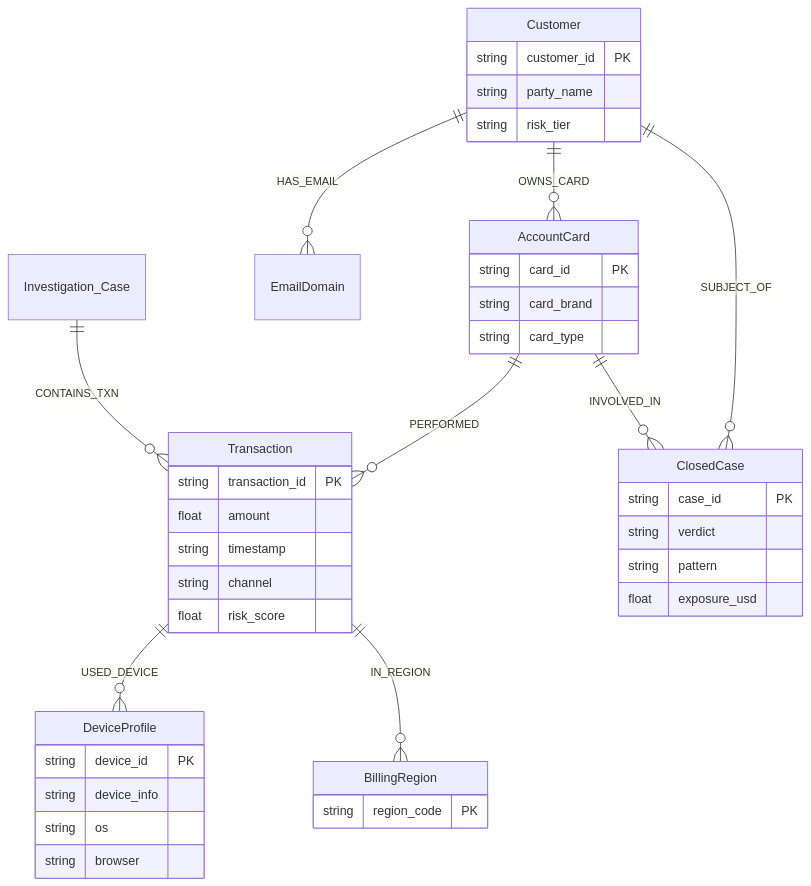
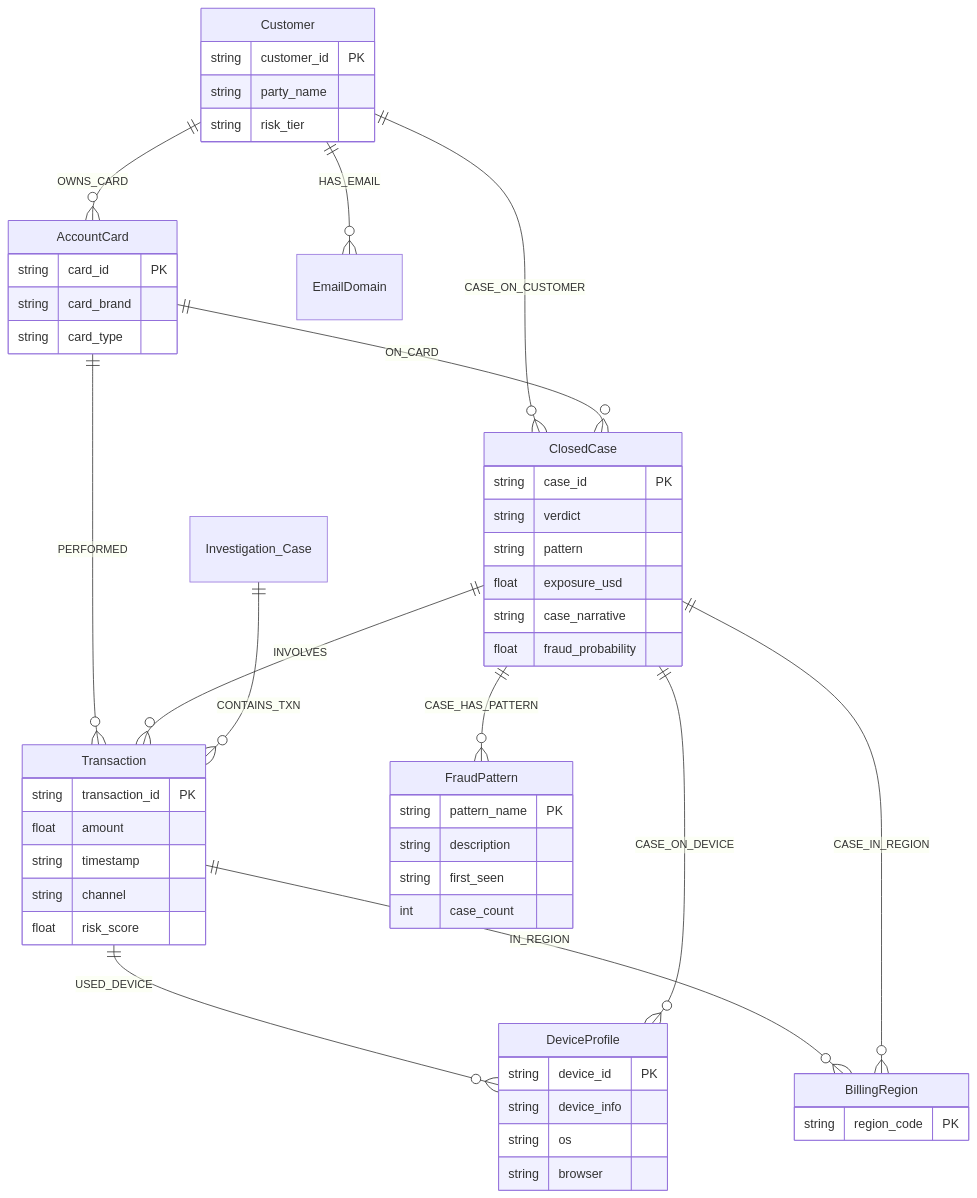
Before and after one commit to Soujanya-Mctrl/Zyg0s: the second of 3 diagrams in ARCHITECTURE.md, drawn with Mermaid. The commit also changed other lines of this file and 55 other files, not shown here.

Commit message:
feat: add agent pipeline, graph-native case memory queries, and fraud case datasets

````diff
--- a/ARCHITECTURE.md
+++ b/ARCHITECTURE.md
@@ -169,44 +160,56 @@
 ```mermaid
 erDiagram
     Customer ||--o{ AccountCard : OWNS_CARD
     AccountCard ||--o{ Transaction : PERFORMED
     Transaction ||--o{ DeviceProfile : USED_DEVICE
     Transaction ||--o{ BillingRegion : IN_REGION
     Customer ||--o{ EmailDomain : HAS_EMAIL
-    Customer ||--o{ ClosedCase : SUBJECT_OF
-    AccountCard ||--o{ ClosedCase : INVOLVED_IN
+    Customer ||--o{ ClosedCase : CASE_ON_CUSTOMER
+    AccountCard ||--o{ ClosedCase : ON_CARD
+    ClosedCase ||--o{ DeviceProfile : CASE_ON_DEVICE
+    ClosedCase ||--o{ BillingRegion : CASE_IN_REGION
+    ClosedCase ||--o{ FraudPattern : CASE_HAS_PATTERN
+    ClosedCase ||--o{ Transaction : INVOLVES
     Investigation_Case ||--o{ Transaction : CONTAINS_TXN
 
     Customer {
         string customer_id PK
         string party_name
         string risk_tier
     }
     AccountCard {
         string card_id PK
         string card_brand
         string card_type
     }
     Transaction {
         string transaction_id PK
         float amount
         string timestamp
         string channel
         float risk_score
     }
     DeviceProfile {
         string device_id PK
         string device_info
         string os
         string browser
     }
     BillingRegion {
         string region_code PK
     }
+    FraudPattern {
+        string pattern_name PK
+        string description
+        string first_seen
+        int case_count
+    }
     ClosedCase {
         string case_id PK
         string verdict
         string pattern
         float exposure_usd
+        string case_narrative
+        float fraud_probability
     }
 ```
````
